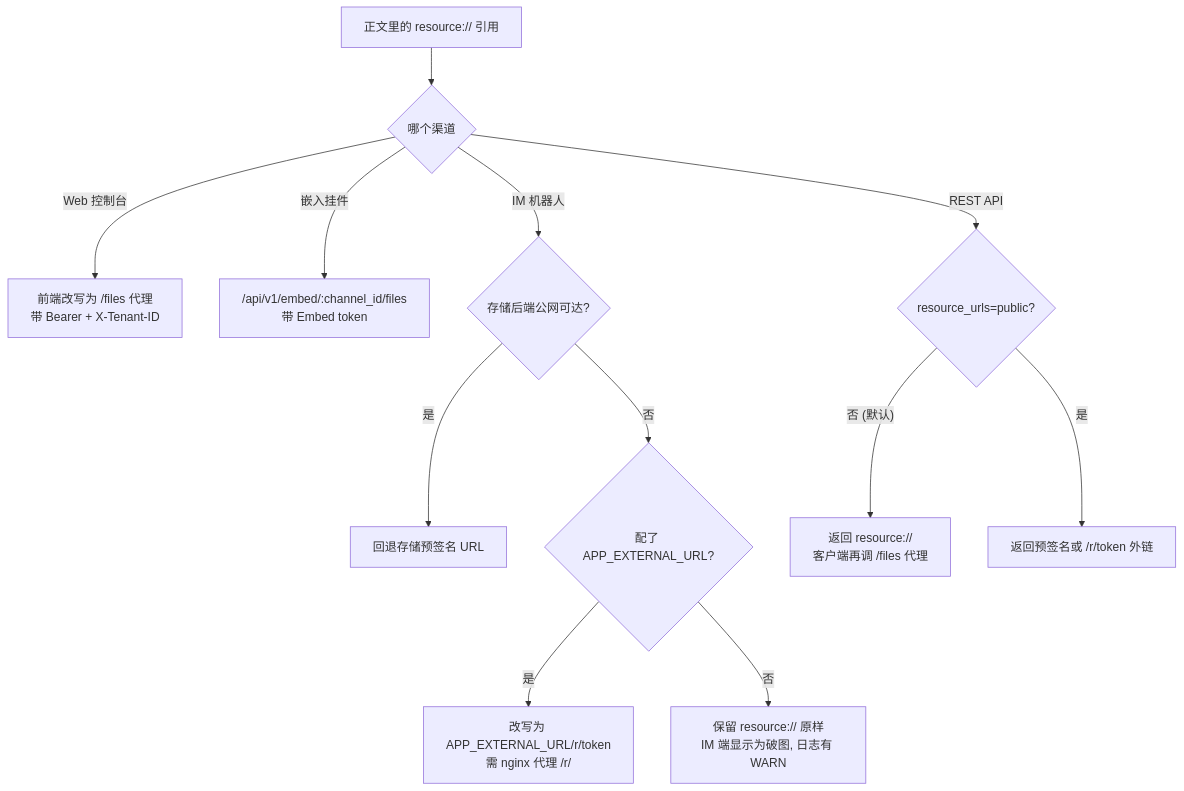
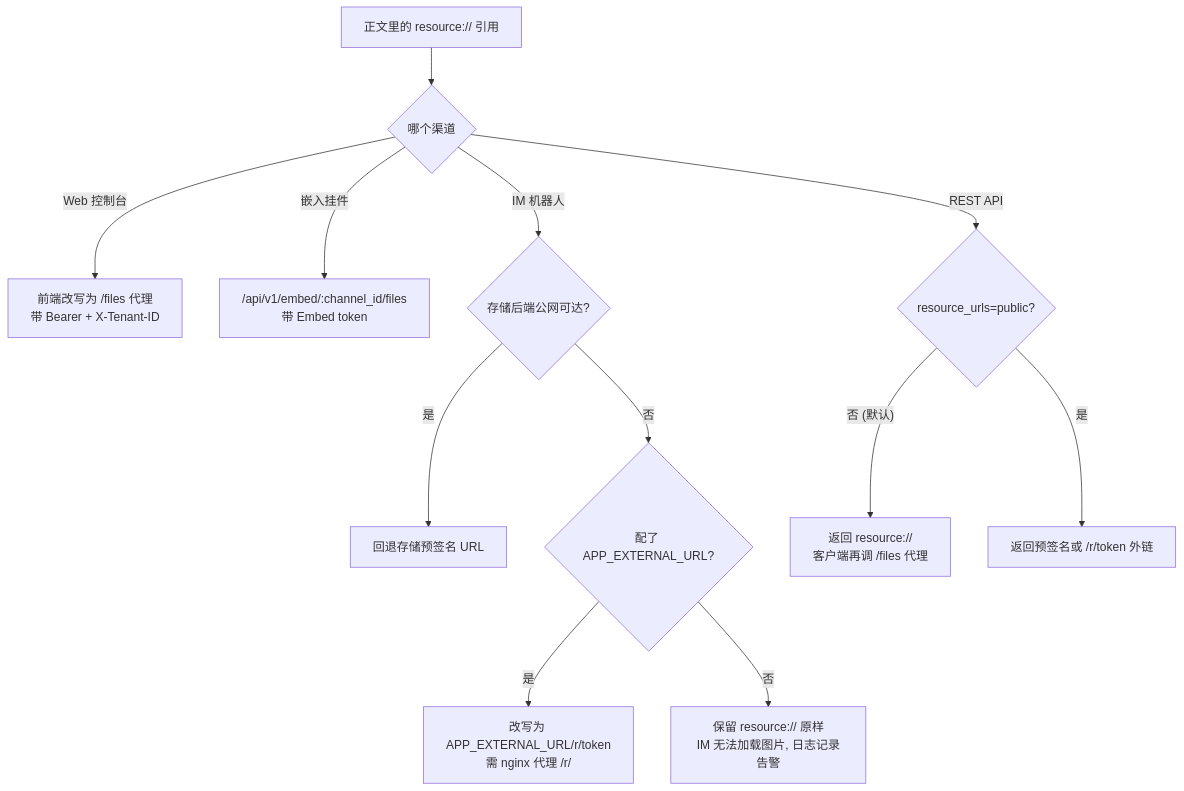
Before and after one commit to qinlei131479/WeKnora: the diagram in apps/docs/03-features/21-file-access.md, drawn with Mermaid. The commit also changed other lines of this file and 66 other files, not shown here.

````diff
--- a/apps/docs/03-features/21-file-access.md
+++ b/apps/docs/03-features/21-file-access.md
@@ -26,14 +26,14 @@
 ```mermaid
 flowchart TD
     R["正文里的 resource:// 引用"] --> Q{"哪个渠道"}
     Q -->|"Web 控制台"| W["前端改写为 /files 代理<br/>带 Bearer + X-Tenant-ID"]
     Q -->|"嵌入挂件"| E["/api/v1/embed/:channel_id/files<br/>带 Embed token"]
     Q -->|"IM 机器人"| I{"存储后端公网可达?"}
     I -->|"是"| IP["回退存储预签名 URL"]
     I -->|"否"| IE{"配了 APP_EXTERNAL_URL?"}
     IE -->|"是"| IR["改写为 APP_EXTERNAL_URL/r/token<br/>需 nginx 代理 /r/"]
-    IE -->|"否"| IF["保留 resource:// 原样<br/>IM 端显示为破图, 日志有 WARN"]
+    IE -->|"否"| IF["保留 resource:// 原样<br/>IM 无法加载图片, 日志记录告警"]
     Q -->|"REST API"| A{"resource_urls=public?"}
     A -->|"否 (默认)"| AH["返回 resource://<br/>客户端再调 /files 代理"]
     A -->|"是"| AP["返回预签名或 /r/token 外链"]
 ```
````
